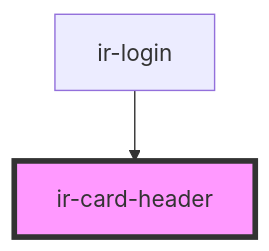
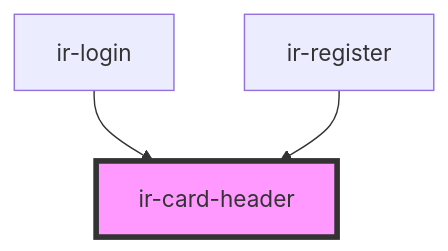
One commit to David1Chowaifaty/assignment-2-web-c changed the diagram in src/components/ir-card-header/readme.md. Above: the diagram before and after it, drawn with Mermaid. The commit also changed other lines of this file and 8 other files, not shown here.

````diff
--- a/src/components/ir-card-header/readme.md
+++ b/src/components/ir-card-header/readme.md
@@ -24,5 +25,6 @@
 ```mermaid
 graph TD;
   ir-login --> ir-card-header
+  ir-register --> ir-card-header
   style ir-card-header fill:#f9f,stroke:#333,stroke-width:4px
 ```
````
